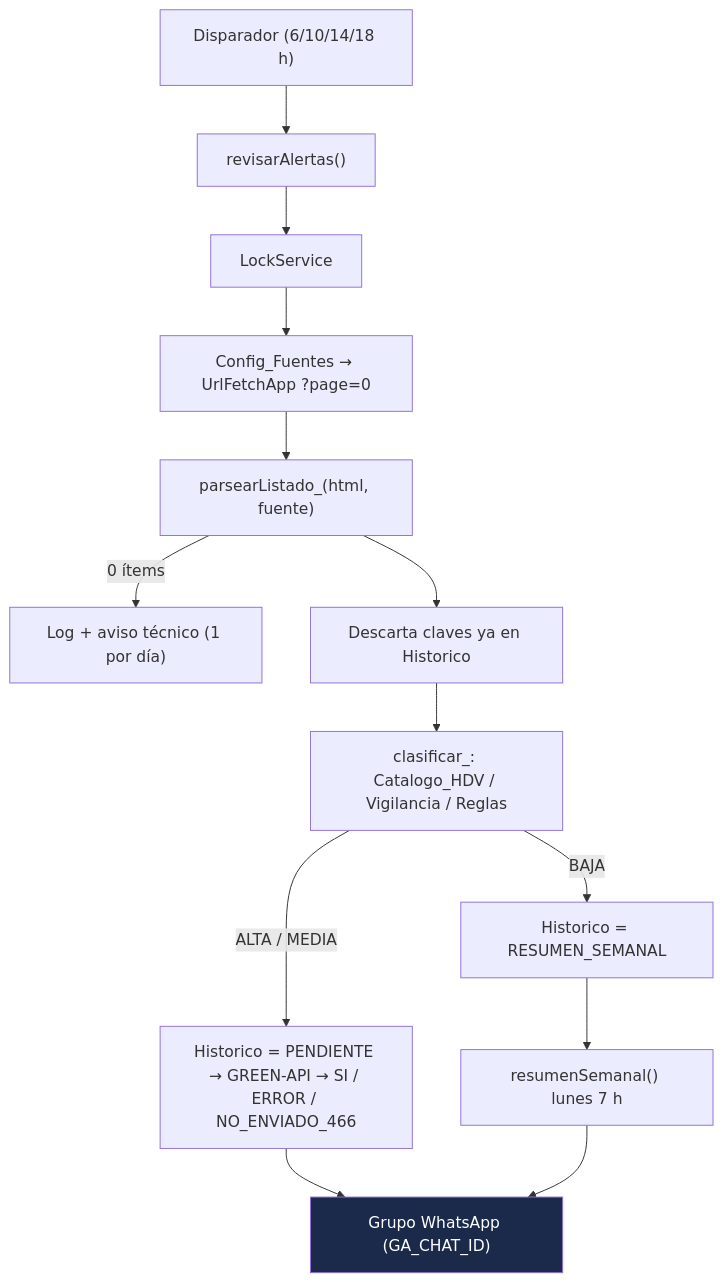
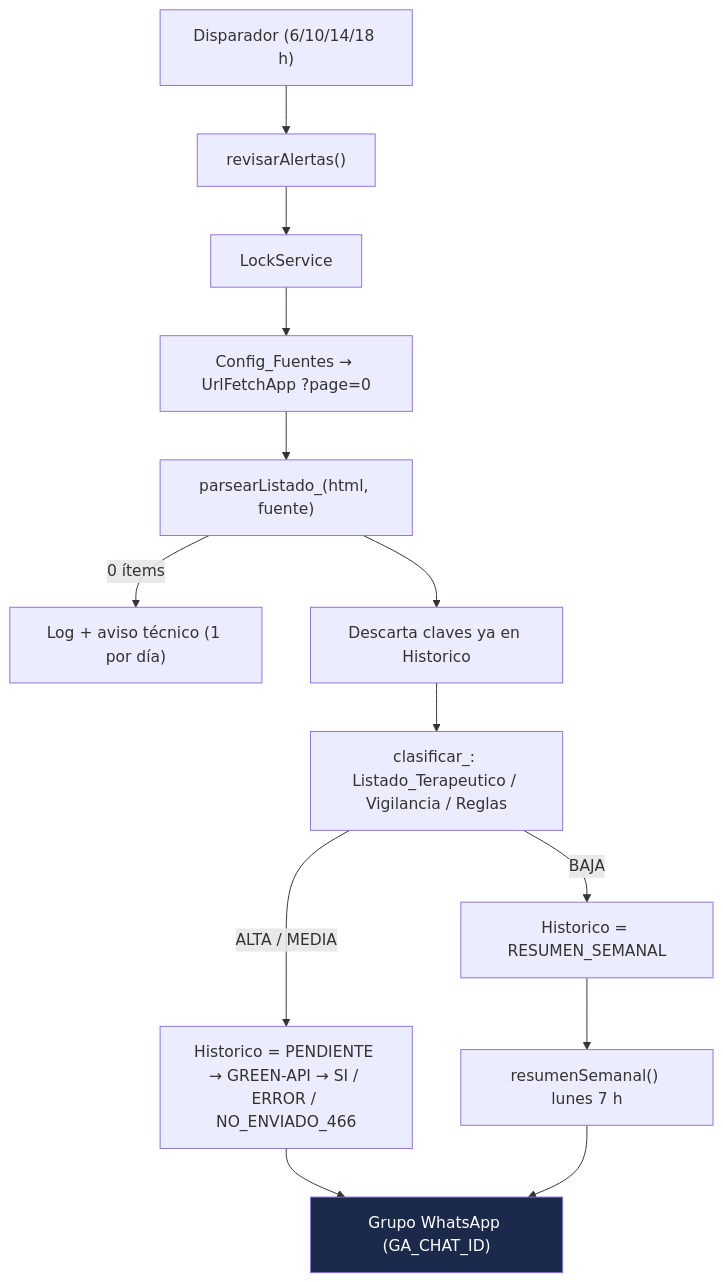
One commit to jsaavedran1-glitch/alertas-whatsapp-sanitarias-invima changed the diagram in README.md. Above: the diagram before and after it, drawn with Mermaid. The commit also changed other lines of this file and 3 other files, not shown here.

First line of the commit message:
Listado_Terapeutico en lugar de Catalogo_HDV; marcas de uso frecuente como ALTA

````diff
--- a/README.md
+++ b/README.md
@@ -14,16 +14,16 @@
 ```mermaid
 flowchart TD
     A["Disparador (6/10/14/18 h)"] --> B["revisarAlertas()"]
     B --> C["LockService"]
     C --> D["Config_Fuentes → UrlFetchApp ?page=0"]
     D --> E["parsearListado_(html, fuente)"]
     E -->|0 ítems| F["Log + aviso técnico (1 por día)"]
     E --> G["Descarta claves ya en Historico"]
-    G --> H["clasificar_: Catalogo_HDV / Vigilancia / Reglas"]
+    G --> H["clasificar_: Listado_Terapeutico / Vigilancia / Reglas"]
     H -->|ALTA / MEDIA| I["Historico = PENDIENTE → GREEN-API → SI / ERROR / NO_ENVIADO_466"]
     H -->|BAJA| J["Historico = RESUMEN_SEMANAL"]
     J --> K["resumenSemanal() lunes 7 h"]
     I --> L["Grupo WhatsApp (GA_CHAT_ID)"]
     K --> L
     style L fill:#1b2a4a,color:#fff
 ```
````
